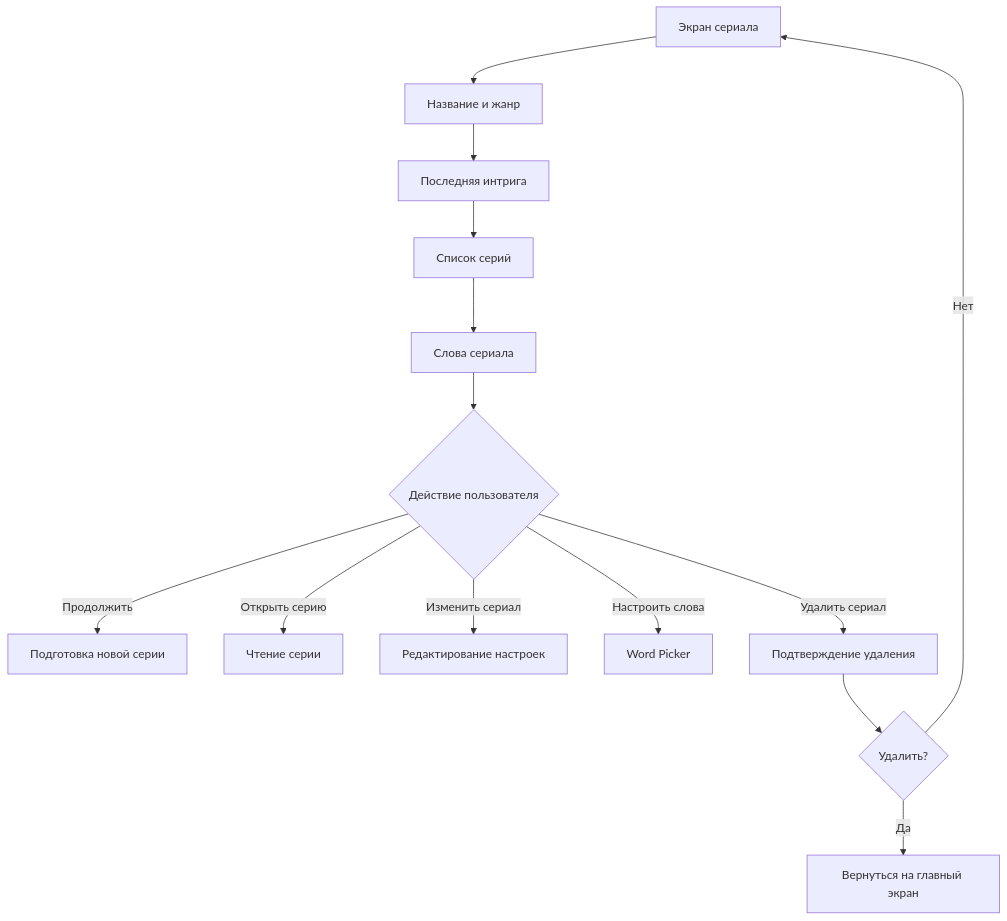
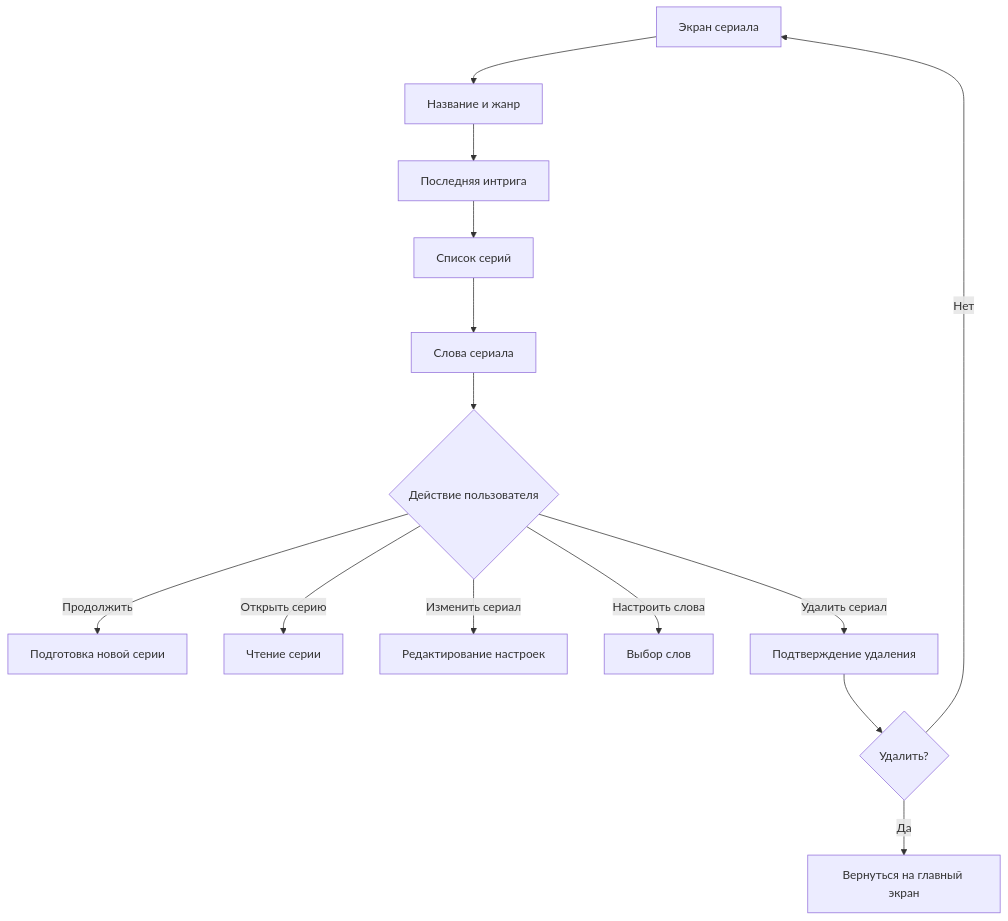
The eighth of 10 diagrams in concept/user_flow_schema.md (Gamshik/narrumi), drawn with Mermaid before and after one commit. The commit also changed other lines of this file and 8 other files, not shown here.

Commit message:
docs(product): refine AI series episode flow

````diff
--- a/concept/user_flow_schema.md
+++ b/concept/user_flow_schema.md
@@ -207,18 +199,18 @@
 ```mermaid
 flowchart TD
     A["Экран сериала"] --> B["Название и жанр"]
     B --> C["Последняя интрига"]
     C --> D["Список серий"]
     D --> E["Слова сериала"]
 
     E --> F{"Действие пользователя"}
     F -- "Продолжить" --> G["Подготовка новой серии"]
     F -- "Открыть серию" --> H["Чтение серии"]
     F -- "Изменить сериал" --> I["Редактирование настроек"]
-    F -- "Настроить слова" --> J["Word Picker"]
+    F -- "Настроить слова" --> J["Выбор слов"]
     F -- "Удалить сериал" --> K["Подтверждение удаления"]
 
     K --> L{"Удалить?"}
     L -- "Нет" --> A
     L -- "Да" --> M["Вернуться на главный экран"]
 ```
````
